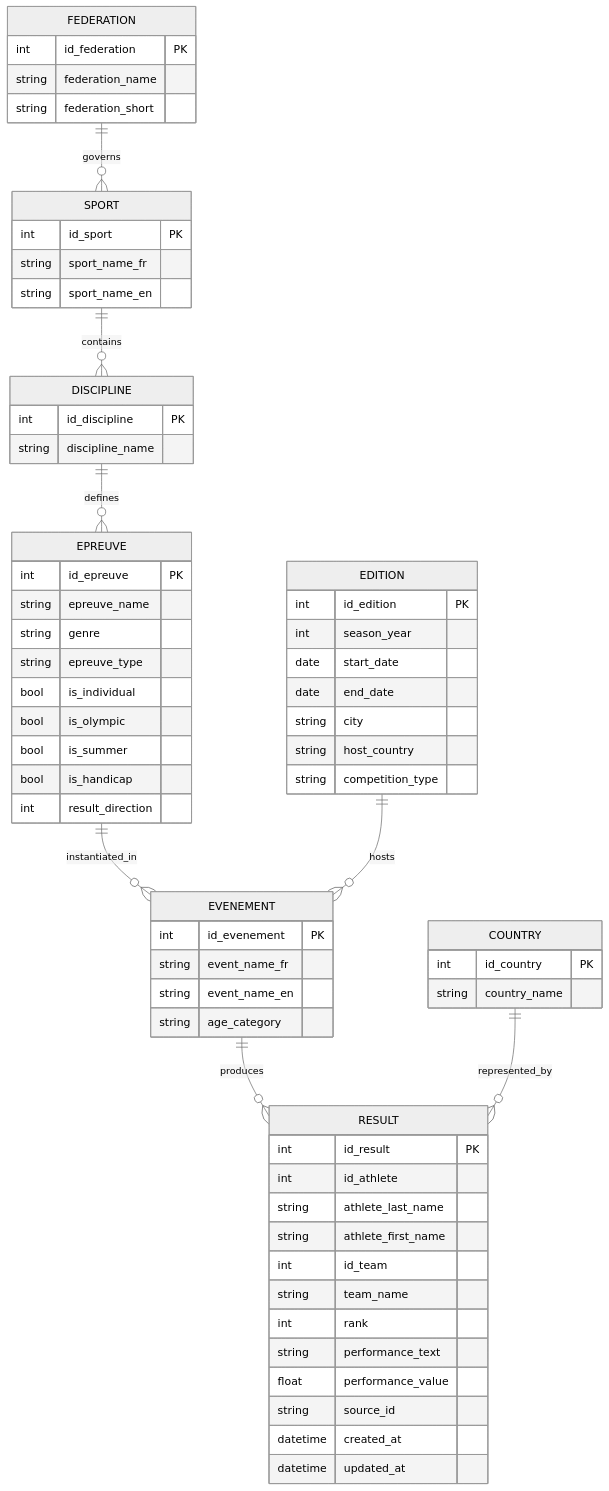
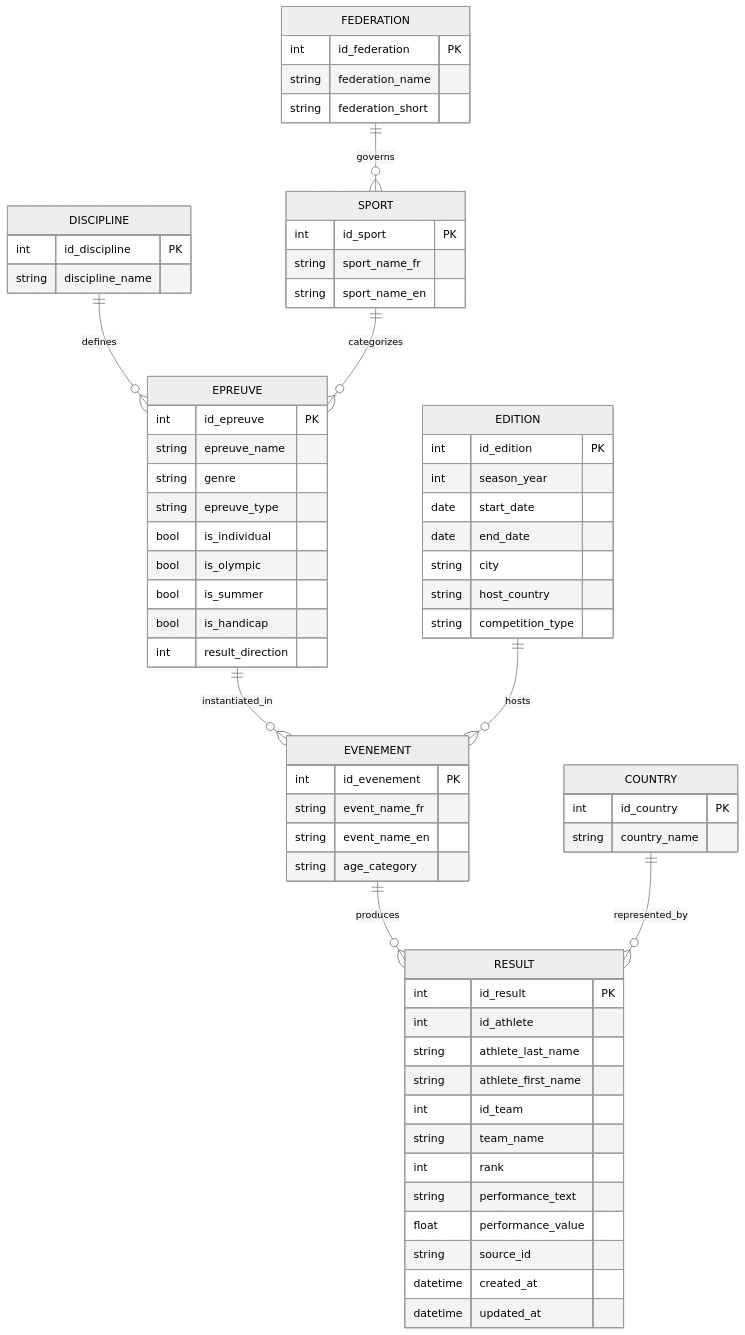
One commit to Daria-data/stream-score-stack changed the diagram in docs/merise_mcd.md. Above: the diagram before and after it, drawn with Mermaid (neutral theme). The commit also changed other lines of this file and 16 other files, not shown here.

````diff
--- a/docs/merise_mcd.md
+++ b/docs/merise_mcd.md
@@ -7,76 +7,76 @@
 ```mermaid
 erDiagram
     COUNTRY {
         int id_country PK
         string country_name
     }
 
     FEDERATION {
         int id_federation PK
         string federation_name
         string federation_short
     }
 
     SPORT {
         int id_sport PK
         string sport_name_fr
         string sport_name_en
     }
 
     DISCIPLINE {
         int id_discipline PK
         string discipline_name
     }
 
     EPREUVE {
         int id_epreuve PK
         string epreuve_name
         string genre
         string epreuve_type
         bool is_individual
         bool is_olympic
         bool is_summer
         bool is_handicap
         int result_direction
     }
 
     EDITION {
         int id_edition PK
         int season_year
         date start_date
         date end_date
         string city
         string host_country
         string competition_type
     }
 
     EVENEMENT {
         int id_evenement PK
         string event_name_fr
         string event_name_en
         string age_category
     }
 
     RESULT {
         int id_result PK
         int id_athlete
         string athlete_last_name
         string athlete_first_name
         int id_team
         string team_name
         int rank
         string performance_text
         float performance_value
         string source_id
         datetime created_at
         datetime updated_at
     }
 
     FEDERATION ||--o{ SPORT : "governs"
-    SPORT ||--o{ DISCIPLINE : "contains"
     DISCIPLINE ||--o{ EPREUVE : "defines"
+    SPORT ||--o{ EPREUVE : "categorizes"
     EPREUVE ||--o{ EVENEMENT : "instantiated_in"
     EDITION ||--o{ EVENEMENT : "hosts"
     EVENEMENT ||--o{ RESULT : "produces"
     COUNTRY ||--o{ RESULT : "represented_by"
 ```
````
